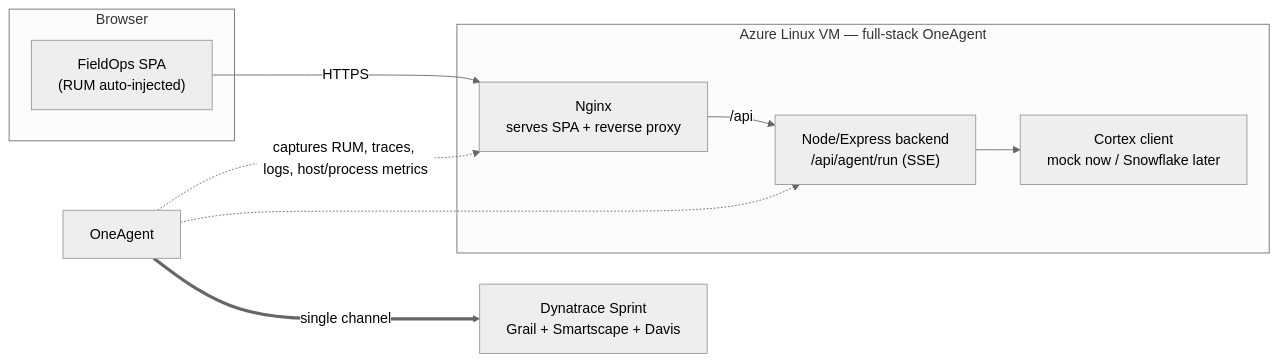
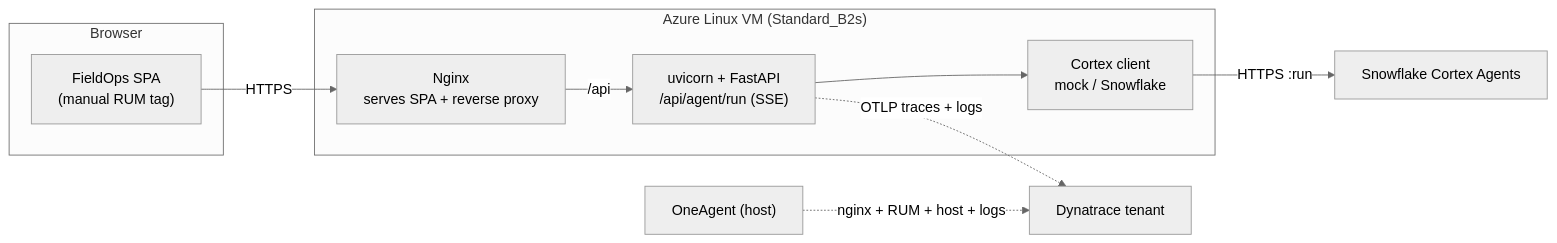
Before and after one commit to SudoSmitty/fieldops-demo: the diagram in docs/Cortex_Agent_Azure_OneAgent_Demo_Plan.md, drawn with Mermaid (neutral theme). The commit also changed other lines of this file, not shown here.

First line of the commit message:
docs: rewrite main plan for current Python + OneAgent + OpenLLMetry stack

````diff
--- a/docs/Cortex_Agent_Azure_OneAgent_Demo_Plan.md
+++ b/docs/Cortex_Agent_Azure_OneAgent_Demo_Plan.md
@@ -45,17 +27,18 @@
 ```mermaid
 flowchart LR
   subgraph Browser
-    UI["FieldOps SPA<br/>(RUM auto-injected)"]
+    UI["FieldOps SPA<br/>(manual RUM tag)"]
   end
-  subgraph Azure["Azure Linux VM — full-stack OneAgent"]
+  subgraph Azure["Azure Linux VM (Standard_B2s)"]
     NGINX["Nginx<br/>serves SPA + reverse proxy"]
-    NODE["Node/Express backend<br/>/api/agent/run (SSE)"]
-    AGENT["Cortex client<br/>mock now / Snowflake later"]
+    UV["uvicorn + FastAPI<br/>/api/agent/run (SSE)"]
+    AGENT["Cortex client<br/>mock / Snowflake"]
   end
   UI -->|HTTPS| NGINX
-  NGINX -->|/api| NODE
-  NODE --> AGENT
-  OA["OneAgent"] -. captures RUM, traces, logs, host/process metrics .-> NGINX
-  OA -.-> NODE
-  OA ==>|single channel| DT["Dynatrace Sprint<br/>Grail + Smartscape + Davis"]
+  NGINX -->|/api| UV
+  UV --> AGENT
+  AGENT -->|HTTPS :run| C[Snowflake Cortex Agents]
+
+  OA["OneAgent (host)"] -. nginx + RUM + host + logs .-> DT["Dynatrace tenant"]
+  UV -. OTLP traces + logs .-> DT
 ```
````
